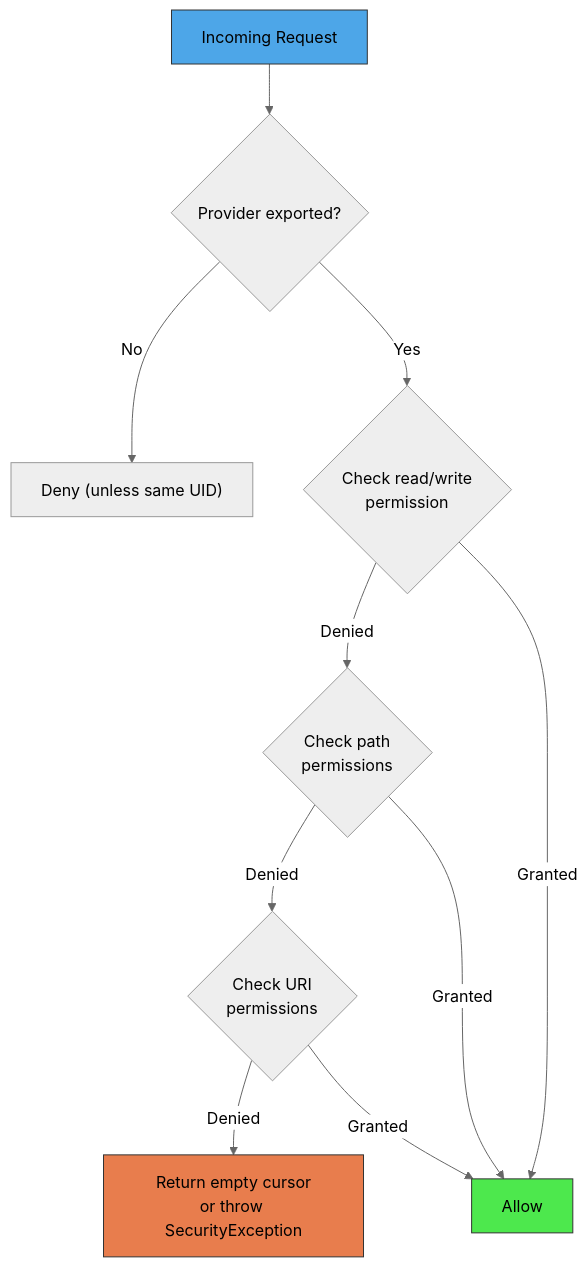
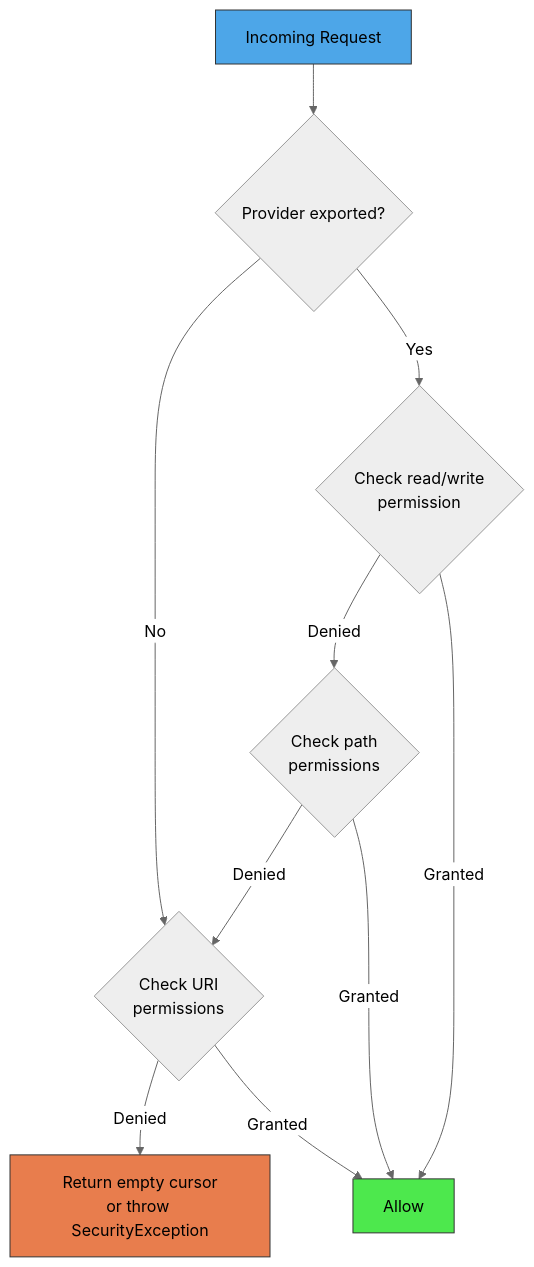
Diagram 21 of 25 in agents/claude/skills/aosp-framework-services/27-content-providers.md (aospbooks/aosp-internal-book), drawn with Mermaid (neutral theme) before and after one commit. The commit also changed other lines of this file and 218 other files, not shown here.

````diff
--- a/agents/claude/skills/aosp-framework-services/27-content-providers.md
+++ b/agents/claude/skills/aosp-framework-services/27-content-providers.md
@@ -2671,16 +2712,16 @@
 ```mermaid
 graph TD
     A["Incoming Request"] --> B{Provider exported?}
-    B -- No --> C["Deny (unless same UID)"]
+    B -- No --> F{"Check URI<br/>permissions"}
     B -- Yes --> D{"Check read/write<br/>permission"}
     D -- Denied --> E{"Check path<br/>permissions"}
-    E -- Denied --> F{"Check URI<br/>permissions"}
+    E -- Denied --> F
     F -- Denied --> G["Return empty cursor<br/>or throw SecurityException"]
     D -- Granted --> H["Allow"]
     E -- Granted --> H
     F -- Granted --> H
 
     style A fill:#4da6e8,stroke:#333,color:#000
     style H fill:#4de84d,stroke:#333,color:#000
     style G fill:#e87d4d,stroke:#333,color:#000
 ```
````
